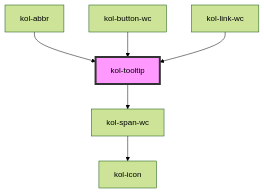
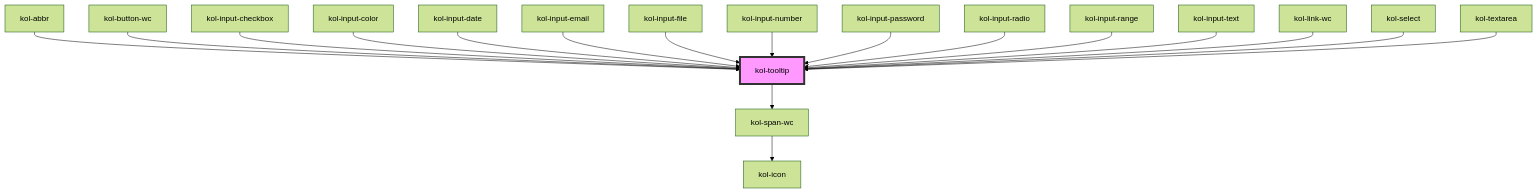
The diagram in packages/components/src/components/tooltip/readme.md (public-ui/kolibri), drawn with Mermaid (forest theme) before and after one commit. The commit also changed other lines of this file and 96 other files, not shown here.

````diff
--- a/packages/components/src/components/tooltip/readme.md
+++ b/packages/components/src/components/tooltip/readme.md
@@ -47,9 +59,21 @@
 ```mermaid
 graph TD;
   kol-tooltip --> kol-span-wc
   kol-span-wc --> kol-icon
   kol-abbr --> kol-tooltip
   kol-button-wc --> kol-tooltip
+  kol-input-checkbox --> kol-tooltip
+  kol-input-color --> kol-tooltip
+  kol-input-date --> kol-tooltip
+  kol-input-email --> kol-tooltip
+  kol-input-file --> kol-tooltip
+  kol-input-number --> kol-tooltip
+  kol-input-password --> kol-tooltip
+  kol-input-radio --> kol-tooltip
+  kol-input-range --> kol-tooltip
+  kol-input-text --> kol-tooltip
   kol-link-wc --> kol-tooltip
+  kol-select --> kol-tooltip
+  kol-textarea --> kol-tooltip
   style kol-tooltip fill:#f9f,stroke:#333,stroke-width:4px
 ```
````
